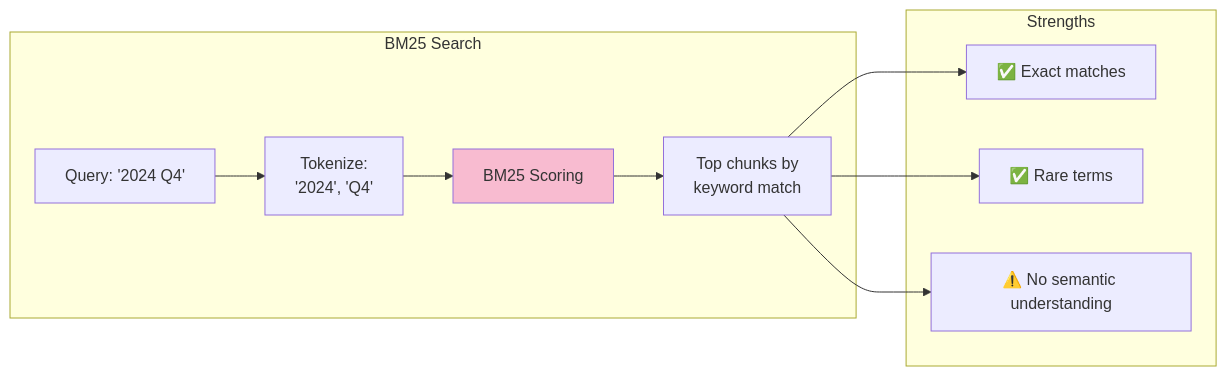
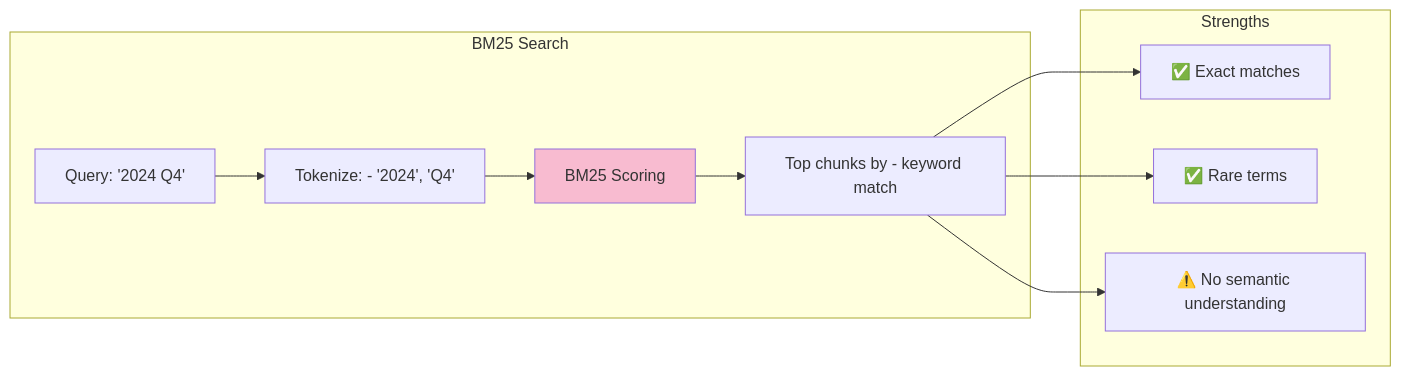
Before and after one commit to indhra/llm_rag_sec_findings: the eighth of 15 diagrams in docs/learning/03-rag-fundamentals.md, drawn with Mermaid. The commit also changed other lines of this file and 9 other files, not shown here.

````diff
--- a/docs/learning/03-rag-fundamentals.md
+++ b/docs/learning/03-rag-fundamentals.md
@@ -274,16 +274,16 @@
 ```mermaid
 graph LR
     subgraph "BM25 Search"
-        Q[Query: '2024 Q4'] --> T[Tokenize:<br/>'2024', 'Q4']
+        Q[Query: '2024 Q4'] --> T[Tokenize: - '2024', 'Q4']
         T --> S[BM25 Scoring]
-        S --> R[Top chunks by<br/>keyword match]
+        S --> R[Top chunks by - keyword match]
     end
     
     subgraph "Strengths"
         R --> P1[✅ Exact matches]
         R --> P2[✅ Rare terms]
         R --> P3[⚠️ No semantic understanding]
     end
     
     style S fill:#f8bbd0
 ```
````
